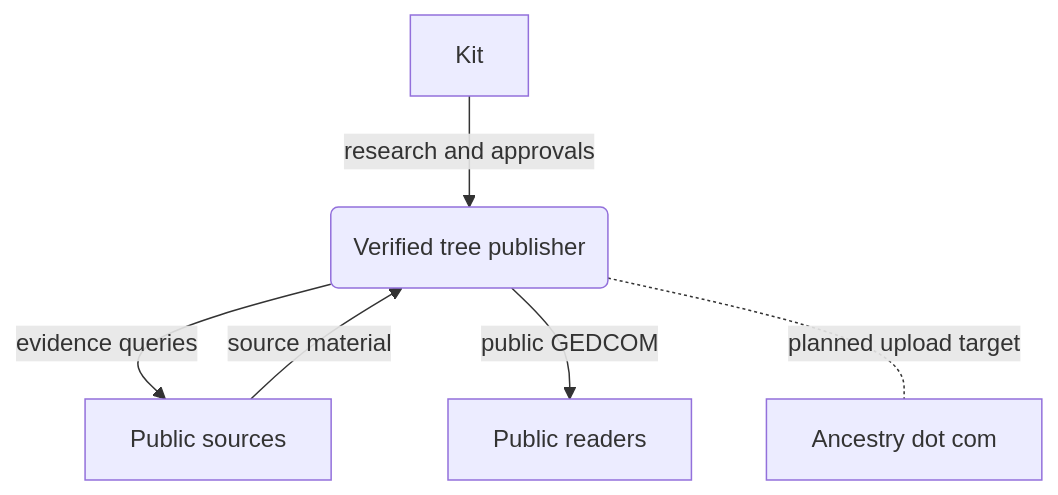
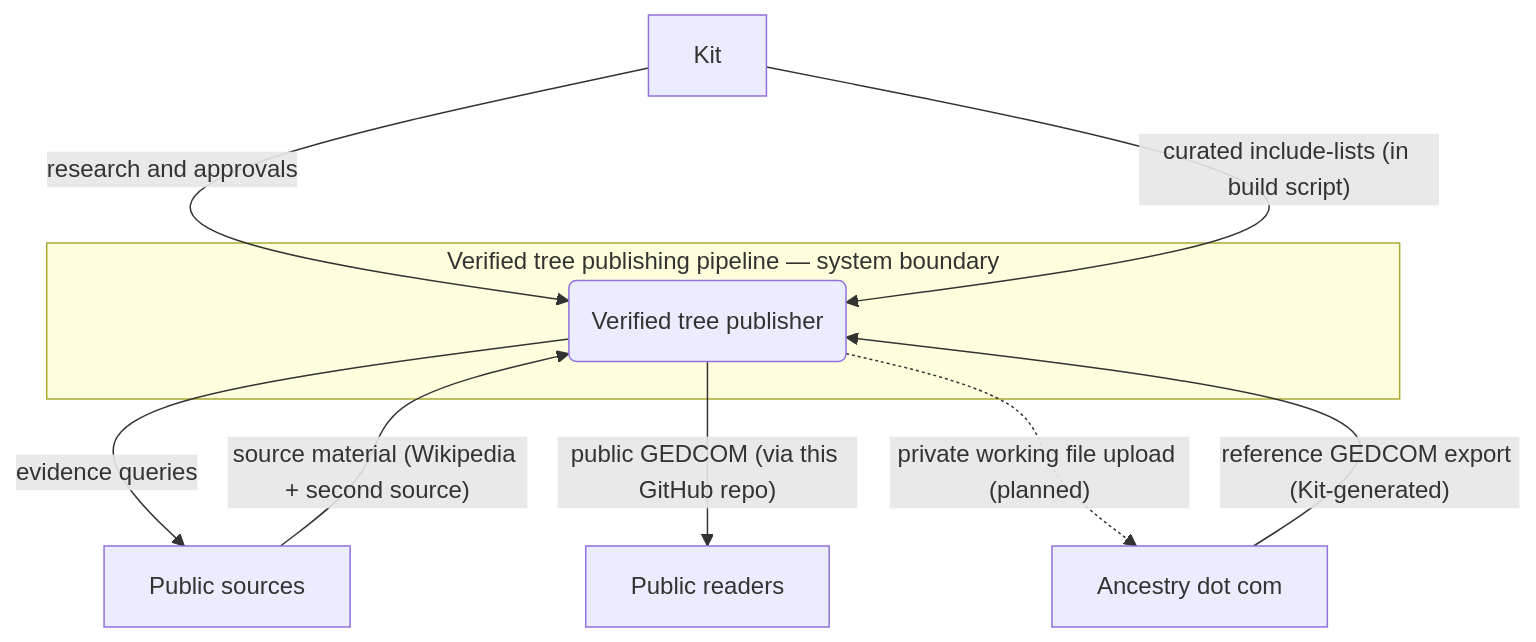
One commit to cosbykit-afk/genealogy changed the first of 3 diagrams in docs/architecture.md. Above: the diagram before and after it, drawn with Mermaid. The commit also changed other lines of this file, not shown here.

Commit message:
docs: improve architecture diagrams — grounded context, DFD, and ERD

````diff
--- a/docs/architecture.md
+++ b/docs/architecture.md
@@ -7,13 +13,17 @@
 ```mermaid
 flowchart
     E1["Kit"]
     E2["Public sources"]
     E3["Public readers"]
     E4["Ancestry dot com"]
-    SYS("Verified tree publisher")
+    subgraph BOUNDARY["Verified tree publishing pipeline — system boundary"]
+        SYS("Verified tree publisher")
+    end
     E1 -->|"research and approvals"| SYS
+    E1 -->|"curated include-lists (in build script)"| SYS
     SYS -->|"evidence queries"| E2
-    E2 -->|"source material"| SYS
-    SYS -->|"public GEDCOM"| E3
-    SYS -.-|"planned upload target"| E4
+    E2 -->|"source material (Wikipedia + second source)"| SYS
+    SYS -->|"public GEDCOM (via this GitHub repo)"| E3
+    E4 -->|"reference GEDCOM export (Kit-generated)"| SYS
+    SYS -.->|"private working file upload (planned)"| E4
 ```
````
